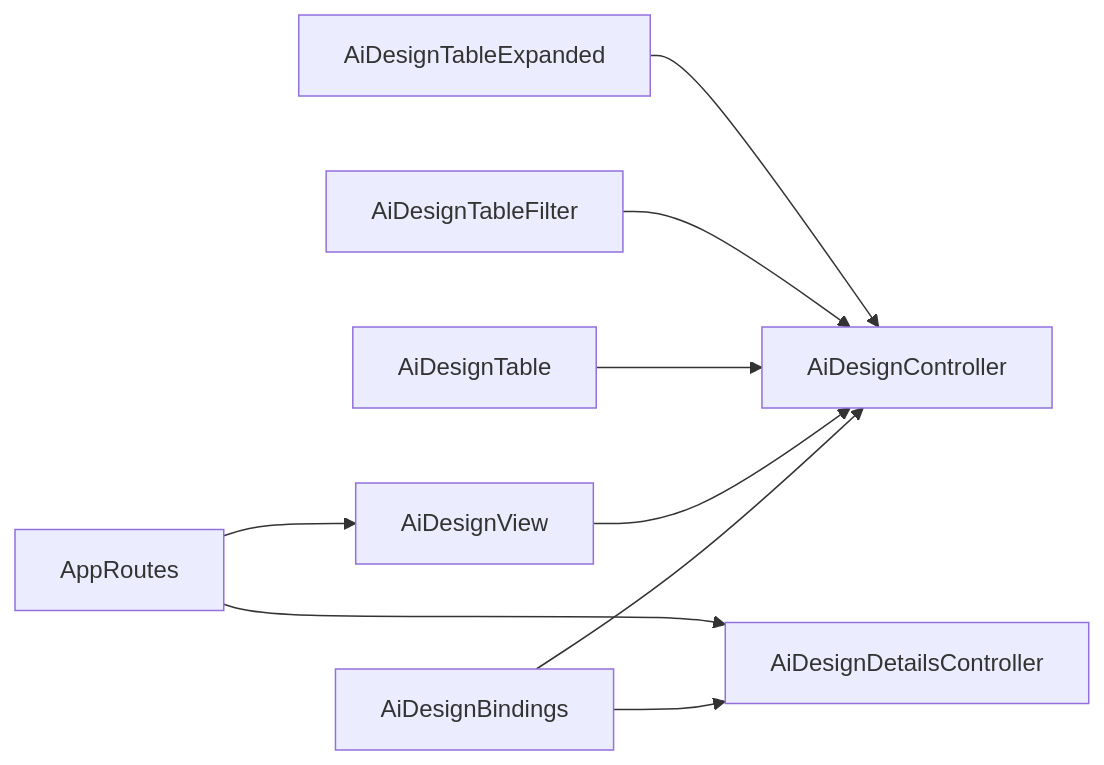
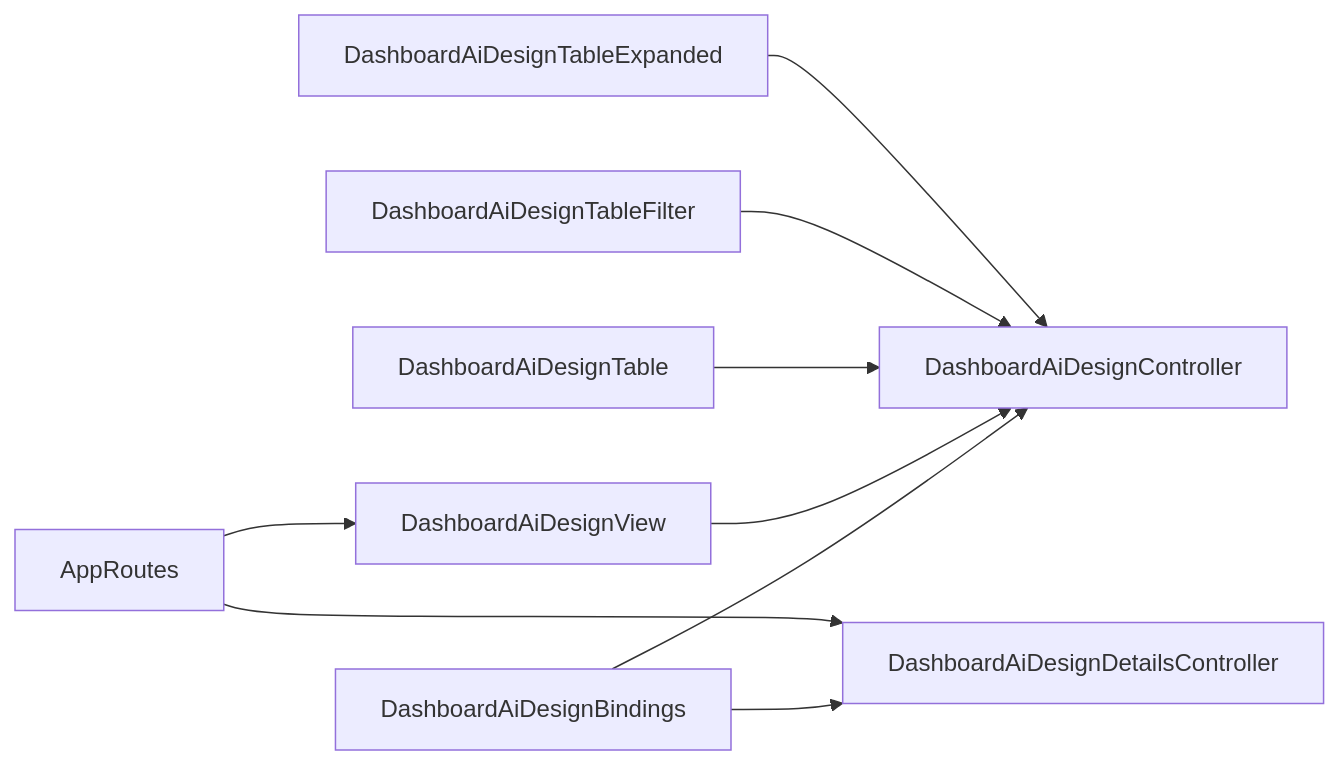
Before and after one commit to Ariful3111/FurniGo: the fourth of 4 diagrams in .qoder/repowiki/en/content/Core Features/AI Design Services/AI Design Overview.md, drawn with Mermaid. The commit also changed other lines of this file and 67 other files, not shown here.

````diff
--- a/.qoder/repowiki/en/content/Core Features/AI Design Services/AI Design Overview.md
+++ b/.qoder/repowiki/en/content/Core Features/AI Design Services/AI Design Overview.md
@@ -287,11 +344,11 @@
 ```mermaid
 graph LR
-Bindings["AiDesignBindings"] --> Controller["AiDesignController"]
-Bindings --> DetailsController["AiDesignDetailsController"]
-View["AiDesignView"] --> Controller
-Table["AiDesignTable"] --> Controller
-Filter["AiDesignTableFilter"] --> Controller
-Expanded["AiDesignTableExpanded"] --> Controller
+Bindings["DashboardAiDesignBindings"] --> Controller["DashboardAiDesignController"]
+Bindings --> DetailsController["DashboardAiDesignDetailsController"]
+View["DashboardAiDesignView"] --> Controller
+Table["DashboardAiDesignTable"] --> Controller
+Filter["DashboardAiDesignTableFilter"] --> Controller
+Expanded["DashboardAiDesignTableExpanded"] --> Controller
 Route["AppRoutes"] --> View
 Route --> DetailsController
 ```
````
